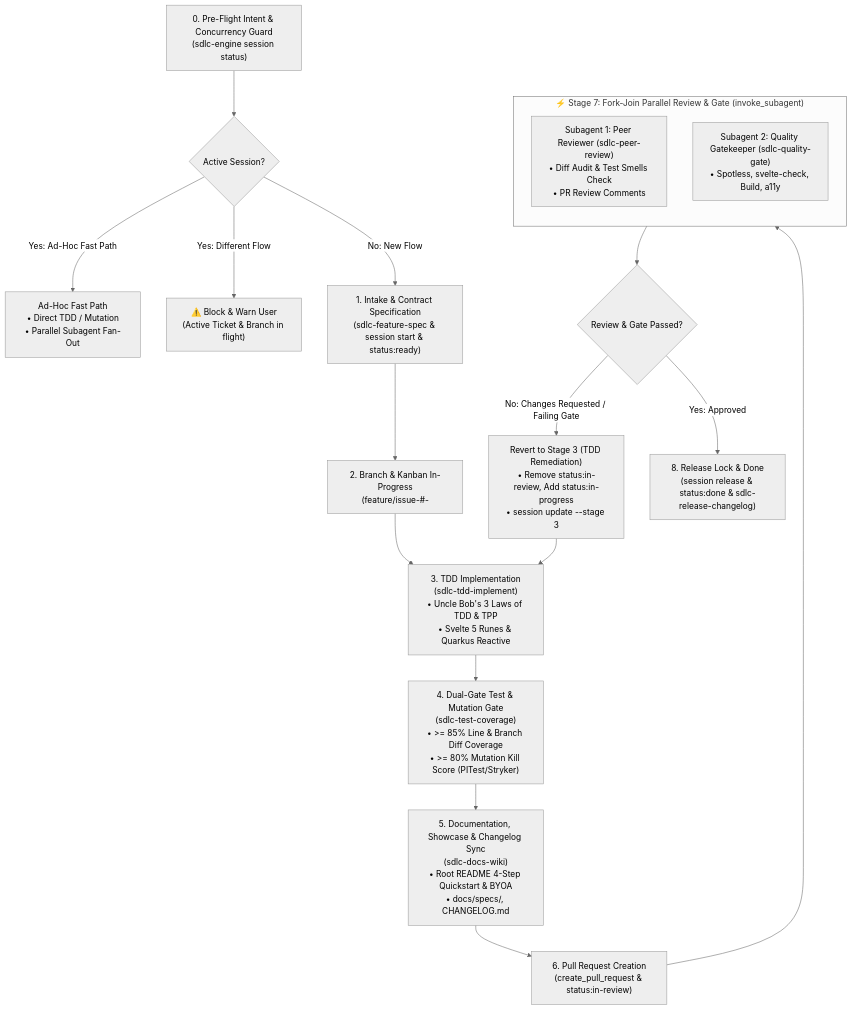
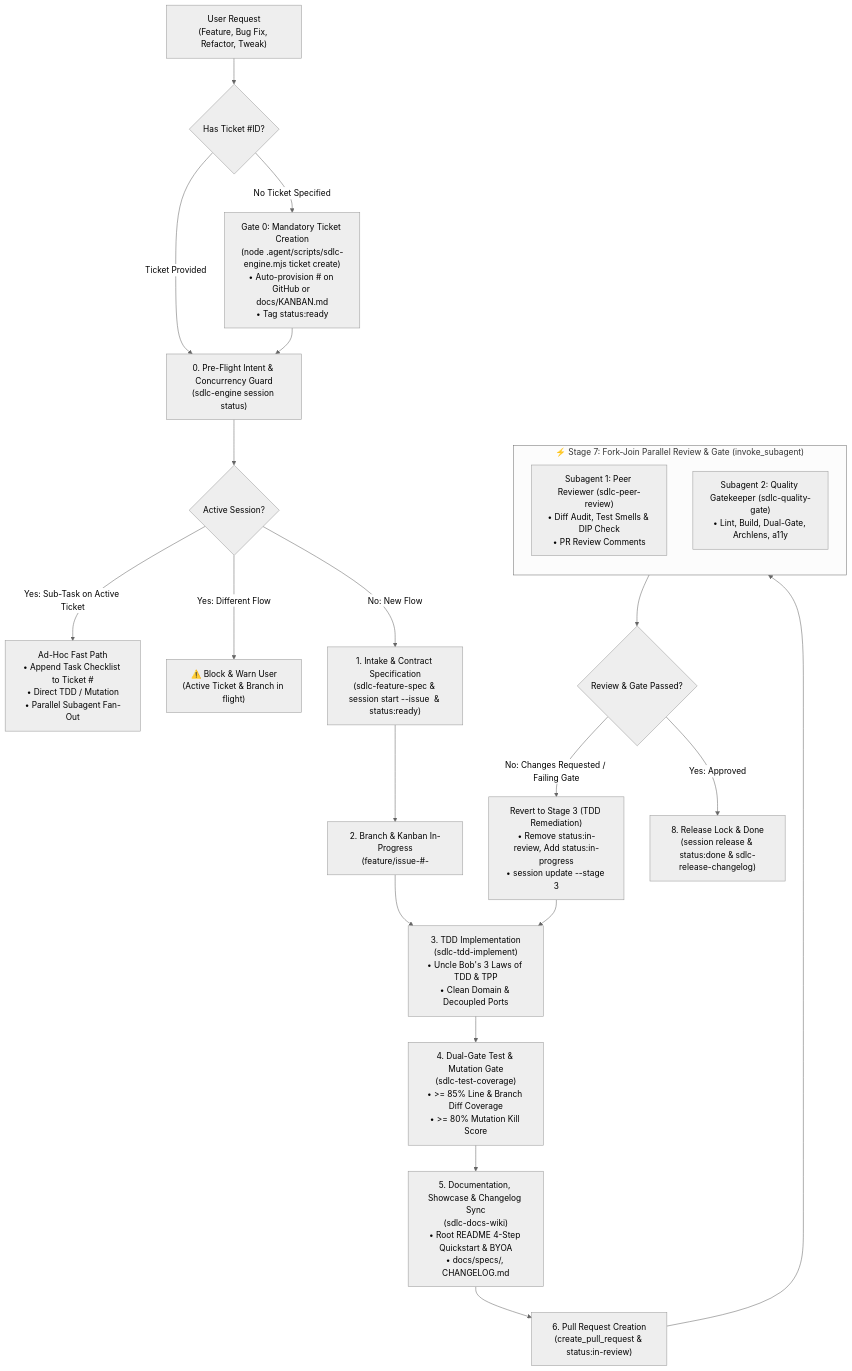
One commit to fmatar/sealit changed the diagram in .agent/skills/sdlc-flow/SKILL.md. Above: the diagram before and after it, drawn with Mermaid (neutral theme). The commit also changed other lines of this file and 25 other files, not shown here.

First line of the commit message:
feat(arch): add architectural diff trace ledger and develop branch protection (#3)

````diff
--- a/.agent/skills/sdlc-flow/SKILL.md
+++ b/.agent/skills/sdlc-flow/SKILL.md
@@ -17,26 +17,31 @@
 ```mermaid
 flowchart TD
+    UserReq["User Request\n(Feature, Bug Fix, Refactor, Tweak)"] --> TicketGuard{Has Ticket #ID?}
+    TicketGuard -->|No Ticket Specified| AutoTicket["Gate 0: Mandatory Ticket Creation\n(node .agent/scripts/sdlc-engine.mjs ticket create)\n• Auto-provision #<id> on GitHub or docs/KANBAN.md\n• Tag status:ready"]
+    TicketGuard -->|Ticket Provided| PreFlight
+    AutoTicket --> PreFlight
+
     PreFlight["0. Pre-Flight Intent & Concurrency Guard\n(sdlc-engine session status)"] --> BranchIntent{Active Session?}
     
-    BranchIntent -->|Yes: Ad-Hoc Fast Path| AdHocFast["Ad-Hoc Fast Path\n• Direct TDD / Mutation\n• Parallel Subagent Fan-Out"]
+    BranchIntent -->|Yes: Sub-Task on Active Ticket| AdHocFast["Ad-Hoc Fast Path\n• Append Task Checklist to Ticket #<id>\n• Direct TDD / Mutation\n• Parallel Subagent Fan-Out"]
     BranchIntent -->|Yes: Different Flow| BlockPrompt["⚠️ Block & Warn User\n(Active Ticket & Branch in flight)"]
-    BranchIntent -->|No: New Flow| S1["1. Intake & Contract Specification\n(sdlc-feature-spec & session start & status:ready)"]
+    BranchIntent -->|No: New Flow| S1["1. Intake & Contract Specification\n(sdlc-feature-spec & session start --issue <id> & status:ready)"]
 
     S1 --> S2["2. Branch & Kanban In-Progress\n(feature/issue-#<id>-<title> & status:in-progress)"]
-    S2 --> S3["3. TDD Implementation\n(sdlc-tdd-implement)\n• Uncle Bob's 3 Laws of TDD & TPP\n• Svelte 5 Runes & Quarkus Reactive"]
-    S3 --> S4["4. Dual-Gate Test & Mutation Gate\n(sdlc-test-coverage)\n• >= 85% Line & Branch Diff Coverage\n• >= 80% Mutation Kill Score (PITest/Stryker)"]
+    S2 --> S3["3. TDD Implementation\n(sdlc-tdd-implement)\n• Uncle Bob's 3 Laws of TDD & TPP\n• Clean Domain & Decoupled Ports"]
+    S3 --> S4["4. Dual-Gate Test & Mutation Gate\n(sdlc-test-coverage)\n• >= 85% Line & Branch Diff Coverage\n• >= 80% Mutation Kill Score"]
     S4 --> S5["5. Documentation, Showcase & Changelog Sync\n(sdlc-docs-wiki)\n• Root README 4-Step Quickstart & BYOA\n• docs/specs/, CHANGELOG.md"]
     S5 --> S6["6. Pull Request Creation\n(create_pull_request & status:in-review)"]
     
     subgraph ParallelForkJoin ["⚡ Stage 7: Fork-Join Parallel Review & Gate (invoke_subagent)"]
         direction TB
-        F1["Subagent 1: Peer Reviewer (sdlc-peer-review)\n• Diff Audit & Test Smells Check\n• PR Review Comments"]
-        F2["Subagent 2: Quality Gatekeeper (sdlc-quality-gate)\n• Spotless, svelte-check, Build, a11y"]
+        F1["Subagent 1: Peer Reviewer (sdlc-peer-review)\n• Diff Audit, Test Smells & DIP Check\n• PR Review Comments"]
+        F2["Subagent 2: Quality Gatekeeper (sdlc-quality-gate)\n• Lint, Build, Dual-Gate, Archlens, a11y"]
     end
     
     S6 --> ParallelForkJoin
     ParallelForkJoin --> ReviewGateCheck{Review & Gate Passed?}
     ReviewGateCheck -->|No: Changes Requested / Failing Gate| RevertLoop["Revert to Stage 3 (TDD Remediation)\n• Remove status:in-review, Add status:in-progress\n• session update --stage 3"]
     RevertLoop --> S3
     ReviewGateCheck -->|Yes: Approved| Done["8. Release Lock & Done\n(session release & status:done & sdlc-release-changelog)"]
 ```
````
